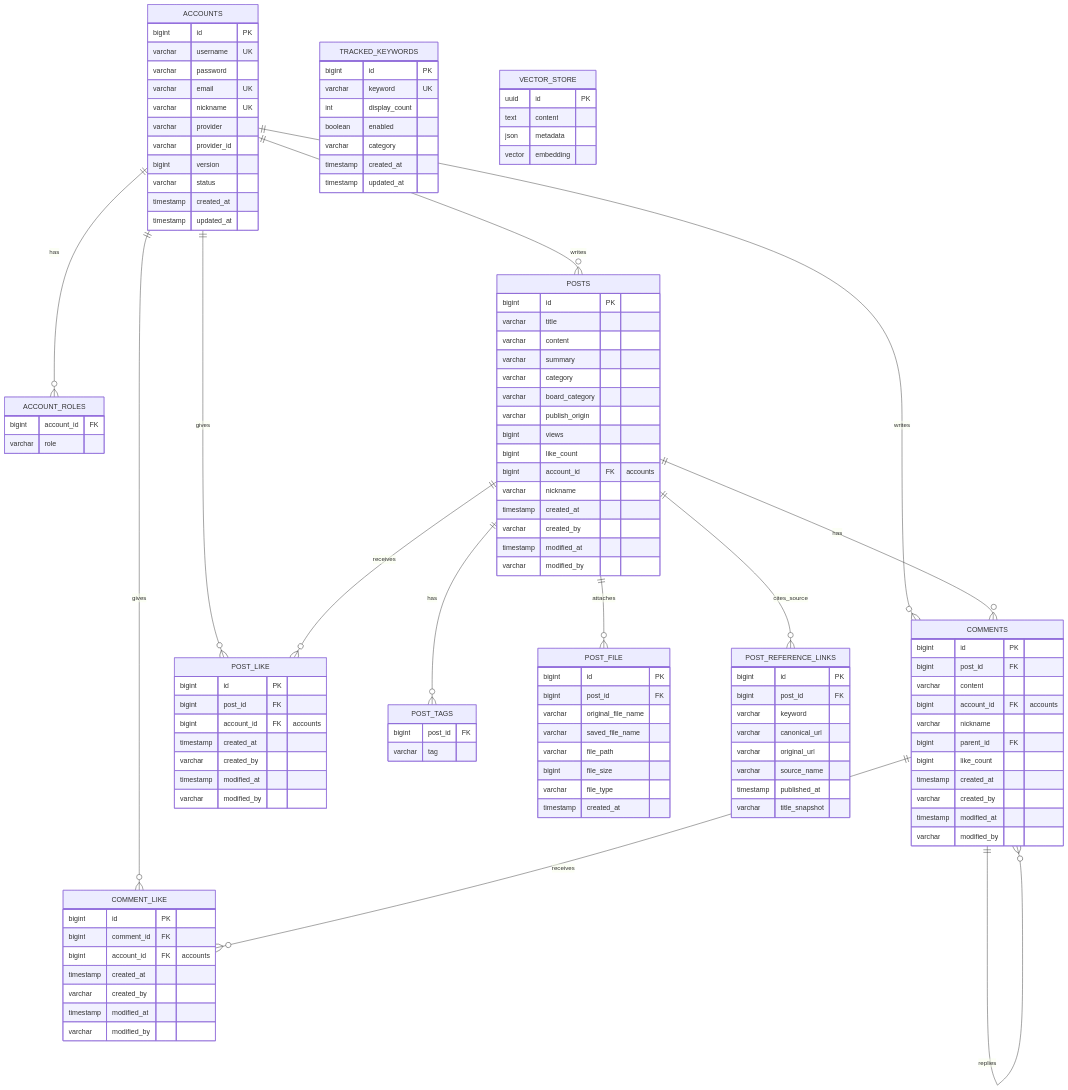
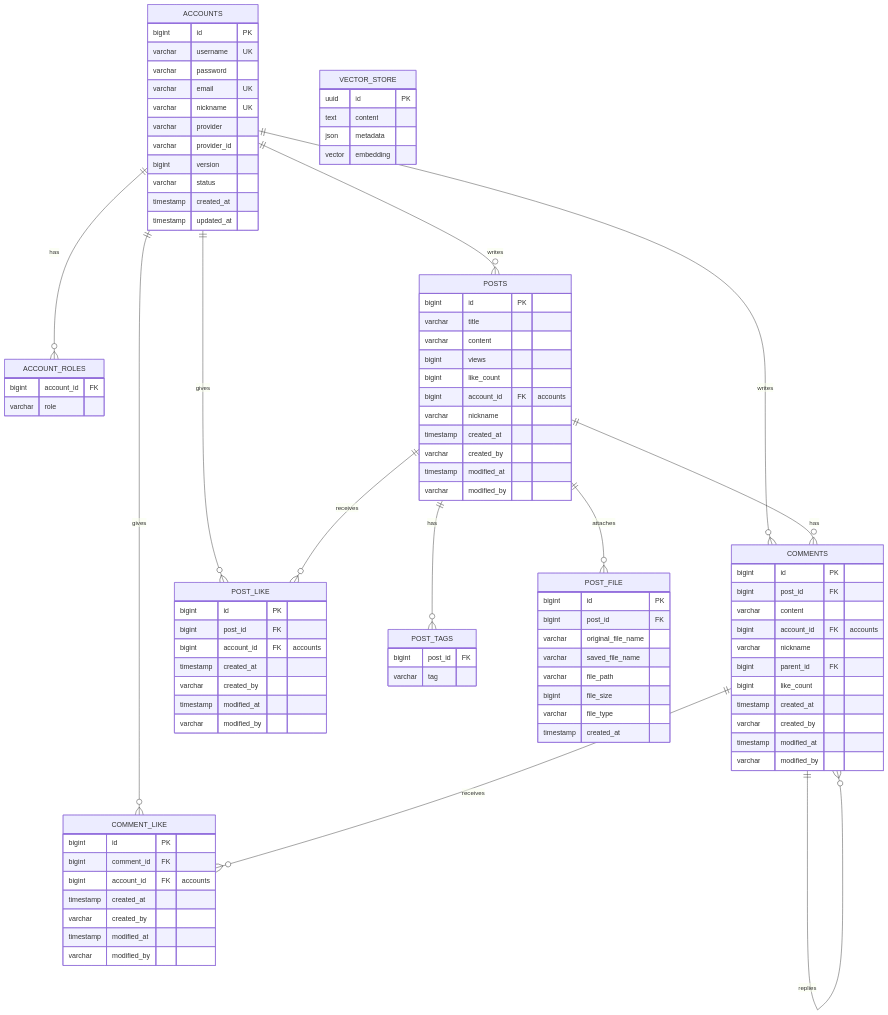
One commit to Rat2Race/post-forge changed the diagram in docs/database/postforge-mvp-erd.md. Above: the diagram before and after it, drawn with Mermaid. The commit also changed other lines of this file and 33 other files, not shown here.

```diff
--- a/docs/database/postforge-mvp-erd.md
+++ b/docs/database/postforge-mvp-erd.md
@@ -21,7 +21,6 @@
     POSTS ||--o{ POST_LIKE : receives
     COMMENTS ||--o{ COMMENT_LIKE : receives
     POSTS ||--o{ POST_FILE : attaches
-    POSTS ||--o{ POST_REFERENCE_LINKS : cites_source
 
     ACCOUNTS {
         bigint id PK
@@ -46,10 +45,6 @@
         bigint id PK
         varchar title
         varchar content
-        varchar summary
-        varchar category
-        varchar board_category
-        varchar publish_origin
         bigint views
         bigint like_count
         bigint account_id FK "accounts"
@@ -110,27 +105,6 @@
         timestamp created_at
     }
 
-    POST_REFERENCE_LINKS {
-        bigint id PK
-        bigint post_id FK
-        varchar keyword
-        varchar canonical_url
-        varchar original_url
-        varchar source_name
-        timestamp published_at
-        varchar title_snapshot
-    }
-
-    TRACKED_KEYWORDS {
-        bigint id PK
-        varchar keyword UK
-        int display_count
-        boolean enabled
-        varchar category
-        timestamp created_at
-        timestamp updated_at
-    }
-
     VECTOR_STORE {
         uuid id PK
         text content
```
